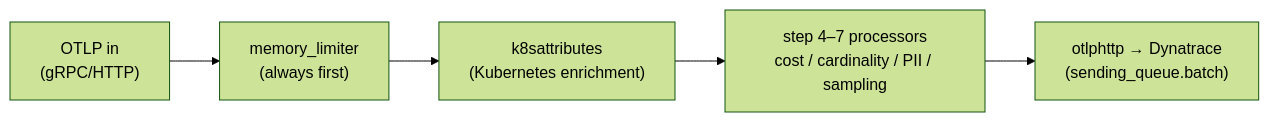
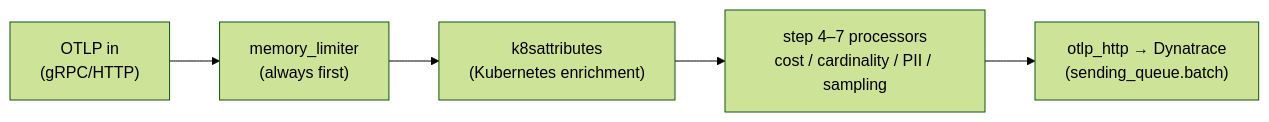
One commit to agardnerIT/Otel-Training changed the third of 3 diagrams in docs-site/advanced/environment.md. Above: the diagram before and after it, drawn with Mermaid (forest theme). The commit also changed 15 other files, not shown here.

First line of the commit message:
fix(observability): rename otlphttp->otlp_http + collector health/version hygiene (ISI-7627)

````diff
--- a/docs-site/advanced/environment.md
+++ b/docs-site/advanced/environment.md
@@ -100,7 +100,7 @@
 ```mermaid
 flowchart LR
   otlp["OTLP in<br/>(gRPC/HTTP)"] --> ml["memory_limiter<br/>(always first)"]
   ml --> k8s["k8sattributes<br/>(Kubernetes enrichment)"]
   k8s --> mid["step 4–7 processors<br/>cost / cardinality / PII / sampling"]
-  mid --> dtx["otlphttp → Dynatrace<br/>(sending_queue.batch)"]
+  mid --> dtx["otlp_http → Dynatrace<br/>(sending_queue.batch)"]
 ```
````
